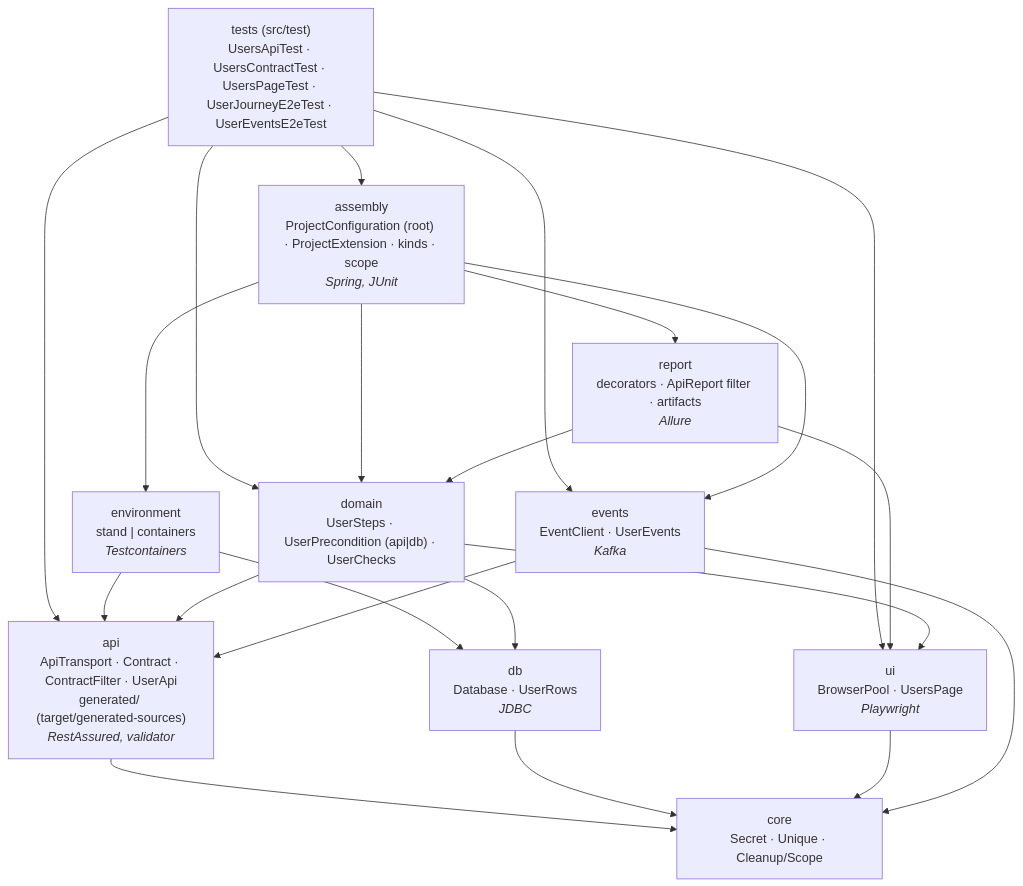
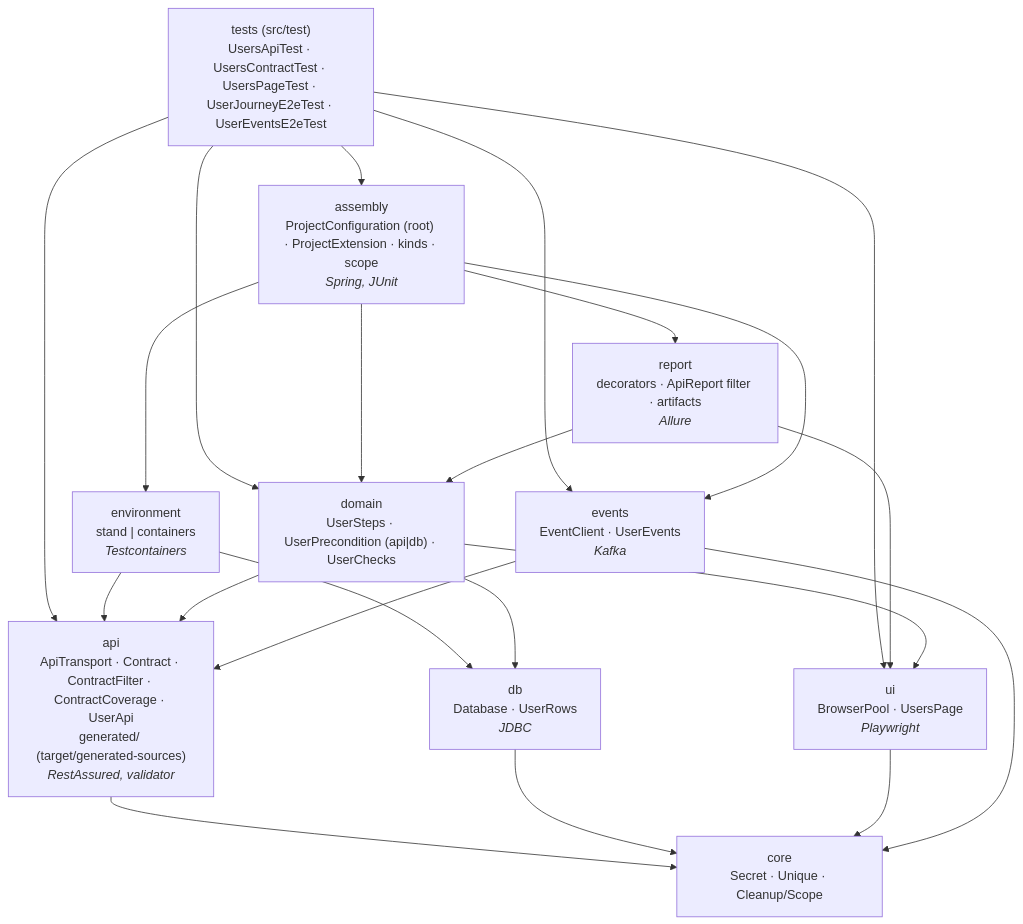
Before and after one commit to ot-maksim/sdet-study: the diagram in project/junit/README.md, drawn with Mermaid. The commit also changed other lines of this file and 19 other files, not shown here.

````diff
--- a/project/junit/README.md
+++ b/project/junit/README.md
@@ -19,22 +19,22 @@
 ```mermaid
 flowchart TB
     tests["tests (src/test)<br/>UsersApiTest · UsersContractTest · UsersPageTest · UserJourneyE2eTest · UserEventsE2eTest"]
     assembly["assembly<br/>ProjectConfiguration (root) · ProjectExtension · kinds · scope<br/><i>Spring, JUnit</i>"]
     report["report<br/>decorators · ApiReport filter · artifacts<br/><i>Allure</i>"]
     env["environment<br/>stand | containers<br/><i>Testcontainers</i>"]
     domain["domain<br/>UserSteps · UserPrecondition (api|db) · UserChecks"]
     events["events<br/>EventClient · UserEvents<br/><i>Kafka</i>"]
-    api["api<br/>ApiTransport · Contract · ContractFilter · UserApi<br/>generated/ (target/generated-sources)<br/><i>RestAssured, validator</i>"]
+    api["api<br/>ApiTransport · Contract · ContractFilter · ContractCoverage · UserApi<br/>generated/ (target/generated-sources)<br/><i>RestAssured, validator</i>"]
     db["db<br/>Database · UserRows<br/><i>JDBC</i>"]
     ui["ui<br/>BrowserPool · UsersPage<br/><i>Playwright</i>"]
     core["core<br/>Secret · Unique · Cleanup/Scope"]
 
     tests --> assembly
     tests --> domain & api & ui & events
     assembly --> report & env & domain & events
     report --> domain & ui
     env --> api & db
     domain --> api & db & ui
     events --> api
     api & db & ui & events --> core
 ```
````
